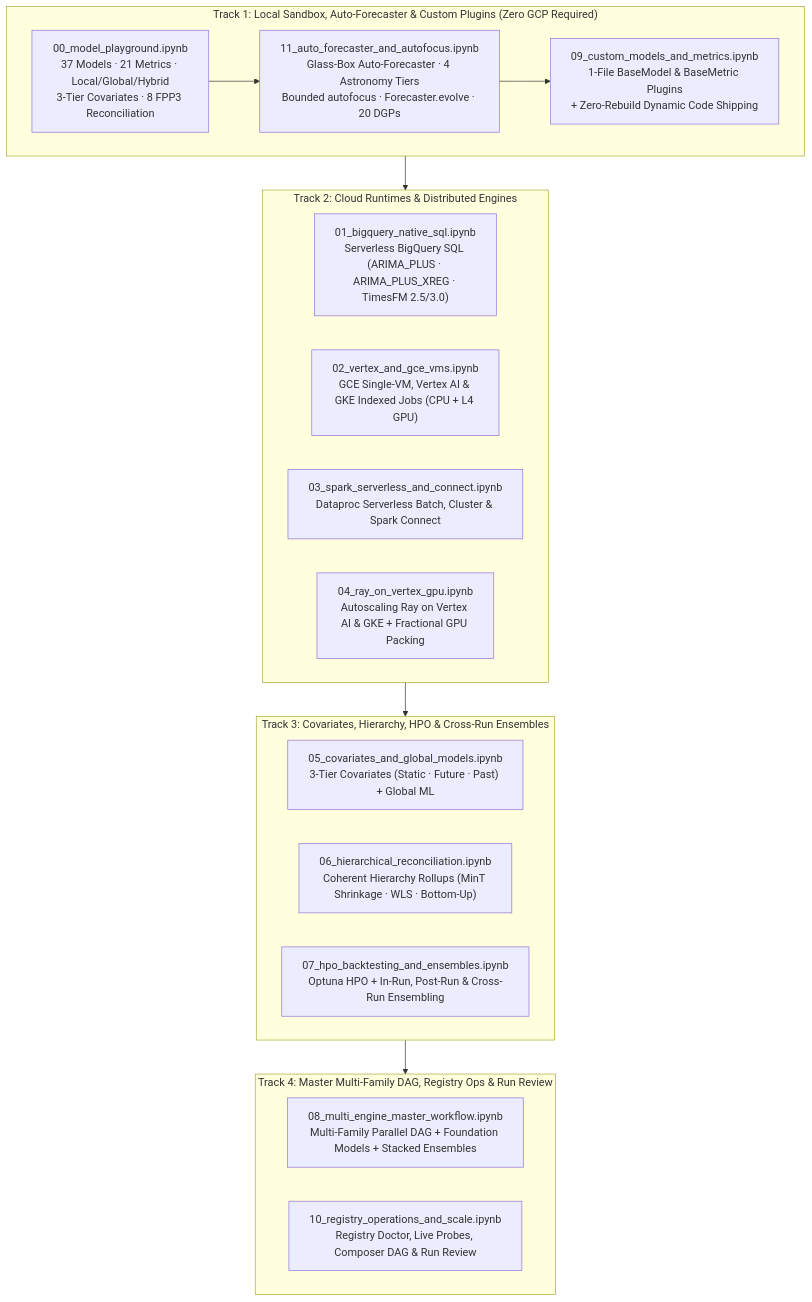
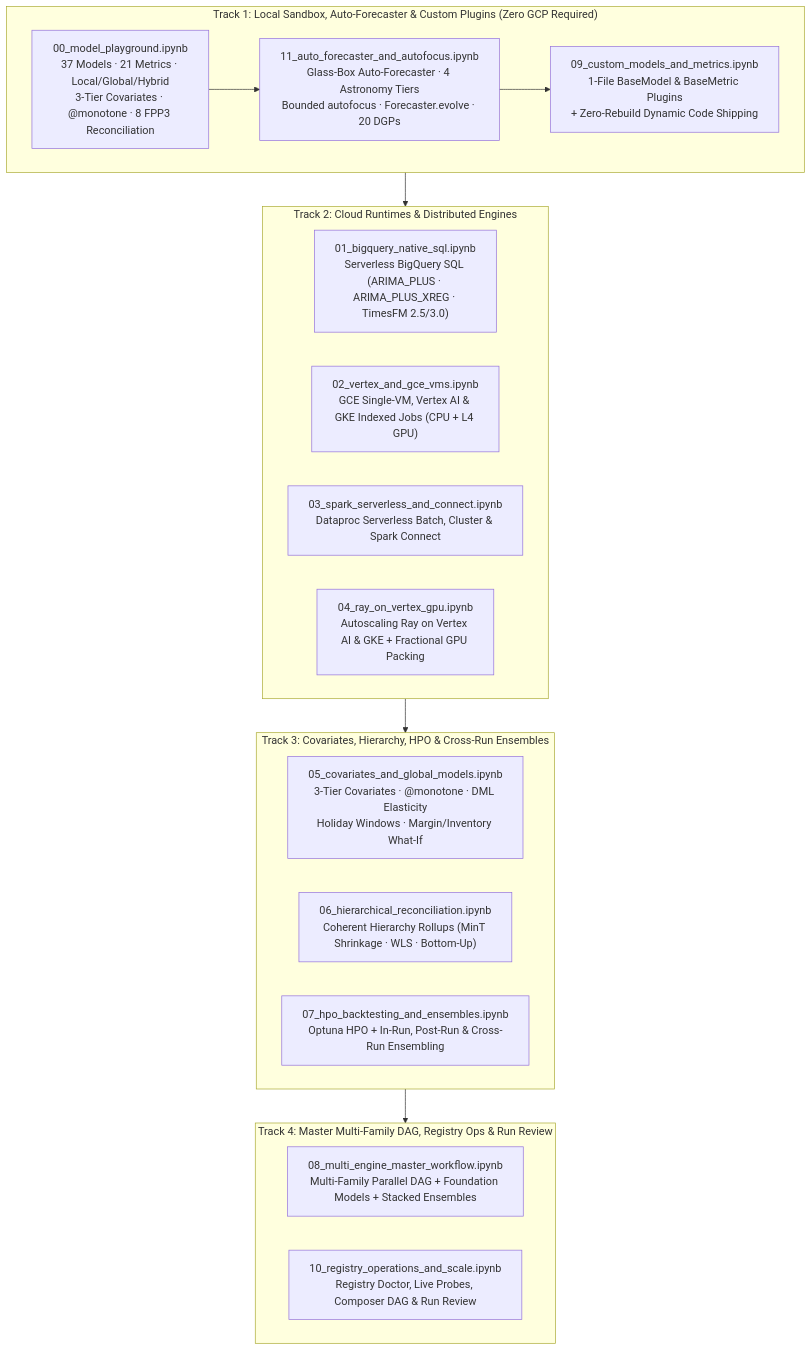
Before and after one commit to statmike/scale-forecasting: the diagram in notebooks/README.md, drawn with Mermaid. The commit also changed other lines of this file and 61 other files, not shown here.

First line of the commit message:
feat(track-j): Causal & Structural Econometric Guardrails + Full-Chain Gross-Margin & Inventory What-If (v1.5.0) (#36)

````diff
--- a/notebooks/README.md
+++ b/notebooks/README.md
@@ -8,29 +8,29 @@
 ```mermaid
 flowchart TD
     subgraph Track1["Track 1: Local Sandbox, Auto-Forecaster & Custom Plugins (Zero GCP Required)"]
-        NB00["00_model_playground.ipynb<br/>37 Models · 21 Metrics · Local/Global/Hybrid<br/>3-Tier Covariates · 8 FPP3 Reconciliation"]
+        NB00["00_model_playground.ipynb<br/>37 Models · 21 Metrics · Local/Global/Hybrid<br/>3-Tier Covariates · @monotone · 8 FPP3 Reconciliation"]
         NB11["11_auto_forecaster_and_autofocus.ipynb<br/>Glass-Box Auto-Forecaster · 4 Astronomy Tiers<br/>Bounded autofocus · Forecaster.evolve · 20 DGPs"]
         NB09["09_custom_models_and_metrics.ipynb<br/>1-File BaseModel & BaseMetric Plugins<br/>+ Zero-Rebuild Dynamic Code Shipping"]
     end
 
     subgraph Track2["Track 2: Cloud Runtimes & Distributed Engines"]
         NB01["01_bigquery_native_sql.ipynb<br/>Serverless BigQuery SQL (ARIMA_PLUS · ARIMA_PLUS_XREG · TimesFM 2.5/3.0)"]
         NB02["02_vertex_and_gce_vms.ipynb<br/>GCE Single-VM, Vertex AI & GKE Indexed Jobs (CPU + L4 GPU)"]
         NB03["03_spark_serverless_and_connect.ipynb<br/>Dataproc Serverless Batch, Cluster & Spark Connect"]
         NB04["04_ray_on_vertex_gpu.ipynb<br/>Autoscaling Ray on Vertex AI & GKE + Fractional GPU Packing"]
     end
 
     subgraph Track3["Track 3: Covariates, Hierarchy, HPO & Cross-Run Ensembles"]
-        NB05["05_covariates_and_global_models.ipynb<br/>3-Tier Covariates (Static · Future · Past) + Global ML"]
+        NB05["05_covariates_and_global_models.ipynb<br/>3-Tier Covariates · @monotone · DML Elasticity<br/>Holiday Windows · Margin/Inventory What-If"]
         NB06["06_hierarchical_reconciliation.ipynb<br/>Coherent Hierarchy Rollups (MinT Shrinkage · WLS · Bottom-Up)"]
         NB07["07_hpo_backtesting_and_ensembles.ipynb<br/>Optuna HPO + In-Run, Post-Run & Cross-Run Ensembling"]
     end
 
     subgraph Track4["Track 4: Master Multi-Family DAG, Registry Ops & Run Review"]
         NB08["08_multi_engine_master_workflow.ipynb<br/>Multi-Family Parallel DAG + Foundation Models + Stacked Ensembles"]
         NB10["10_registry_operations_and_scale.ipynb<br/>Registry Doctor, Live Probes, Composer DAG & Run Review"]
     end
 
     NB00 --> NB11 --> NB09
     Track1 --> Track2 --> Track3 --> Track4
 ```
````
